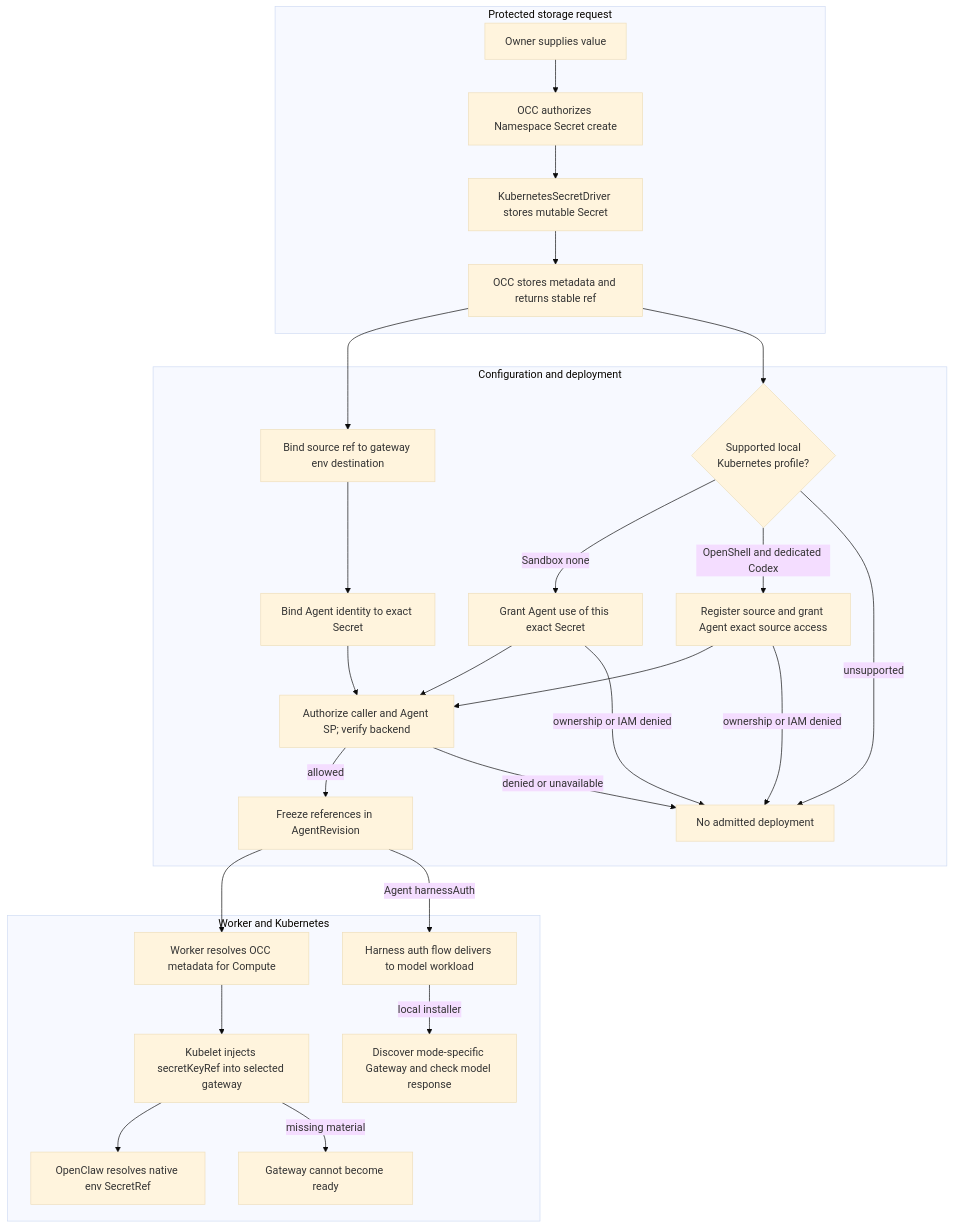
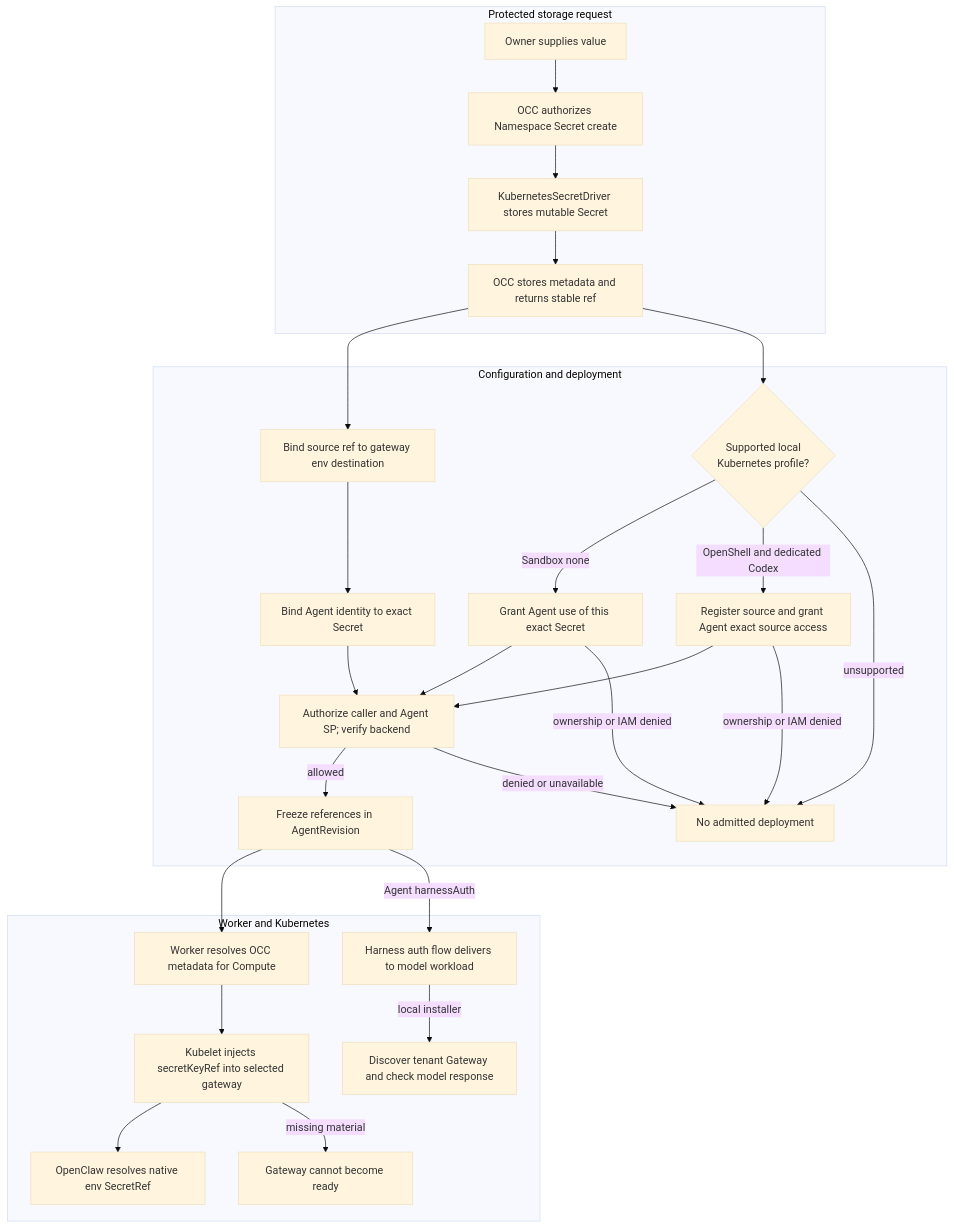
Before and after one commit to IsaiahStapleton/openclaw-enterprise: the diagram in docs/flows/secret-storage-and-delivery.md, drawn with Mermaid (base theme). The commit also changed other lines of this file and 4 other files, not shown here.

````diff
--- a/docs/flows/secret-storage-and-delivery.md
+++ b/docs/flows/secret-storage-and-delivery.md
@@ -40,31 +40,31 @@
 ```mermaid
 graph TD
   subgraph Storage["Protected storage request"]
     A["Owner supplies value"] --> B["OCC authorizes Namespace Secret create"]
     B --> C["KubernetesSecretDriver stores mutable Secret"]
     C --> D["OCC stores metadata and returns stable ref"]
   end
   subgraph Admission["Configuration and deployment"]
     D --> E["Bind source ref to gateway env destination"]
     E --> P["Bind Agent identity to exact Secret"]
     P --> F["Authorize caller and Agent SP; verify backend"]
     F -->|allowed| G["Freeze references in AgentRevision"]
     F -->|denied or unavailable| X["No admitted deployment"]
     D --> K{"Supported local<br/>Kubernetes profile?"}
     K -->|Sandbox none| L["Grant Agent use of this exact Secret"]
     K -->|OpenShell and dedicated Codex| M["Register source and grant Agent exact source access"]
     K -->|unsupported| X
     L --> F
     M --> F
     L -->|ownership or IAM denied| X
     M -->|ownership or IAM denied| X
   end
   subgraph Runtime["Worker and Kubernetes"]
     G --> H["Worker resolves OCC metadata for Compute"]
     H --> I["Kubelet injects secretKeyRef into selected gateway"]
     I --> J["OpenClaw resolves native env SecretRef"]
     I -->|missing material| Y["Gateway cannot become ready"]
     G -->|Agent harnessAuth| W["Harness auth flow delivers to model workload"]
-    W -->|local installer| V["Discover mode-specific Gateway and check model response"]
+    W -->|local installer| V["Discover tenant Gateway and check model response"]
   end
 ```
````
